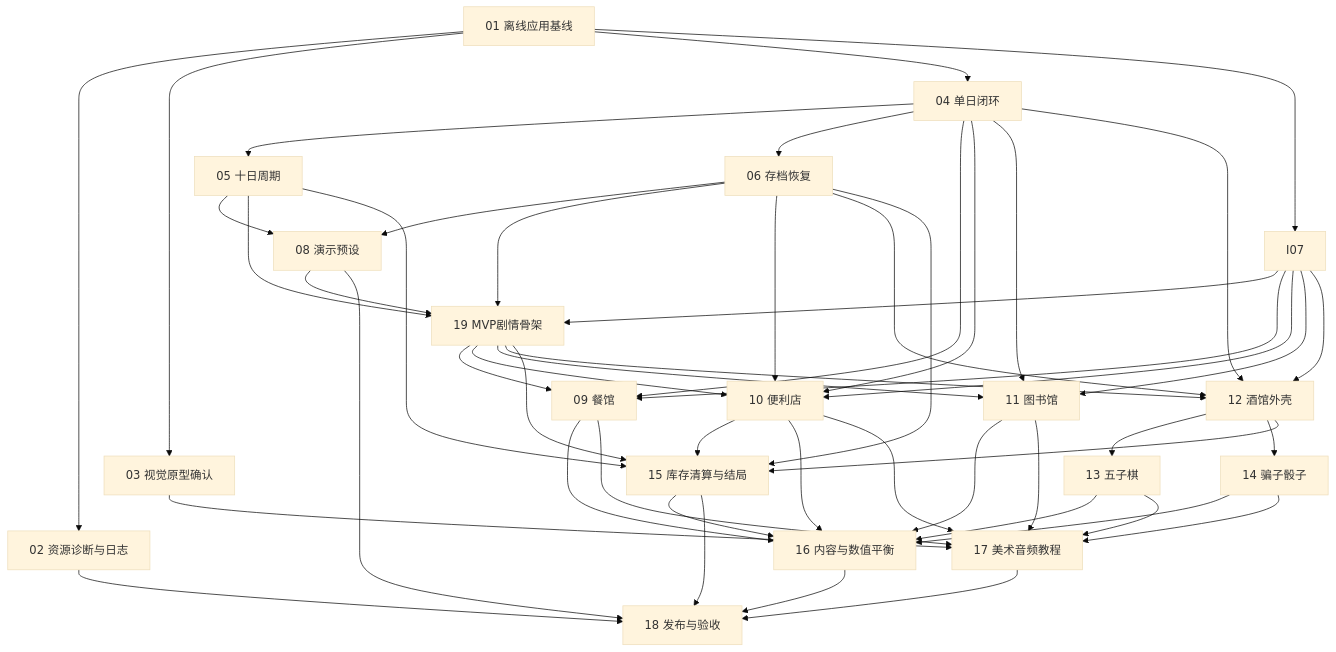
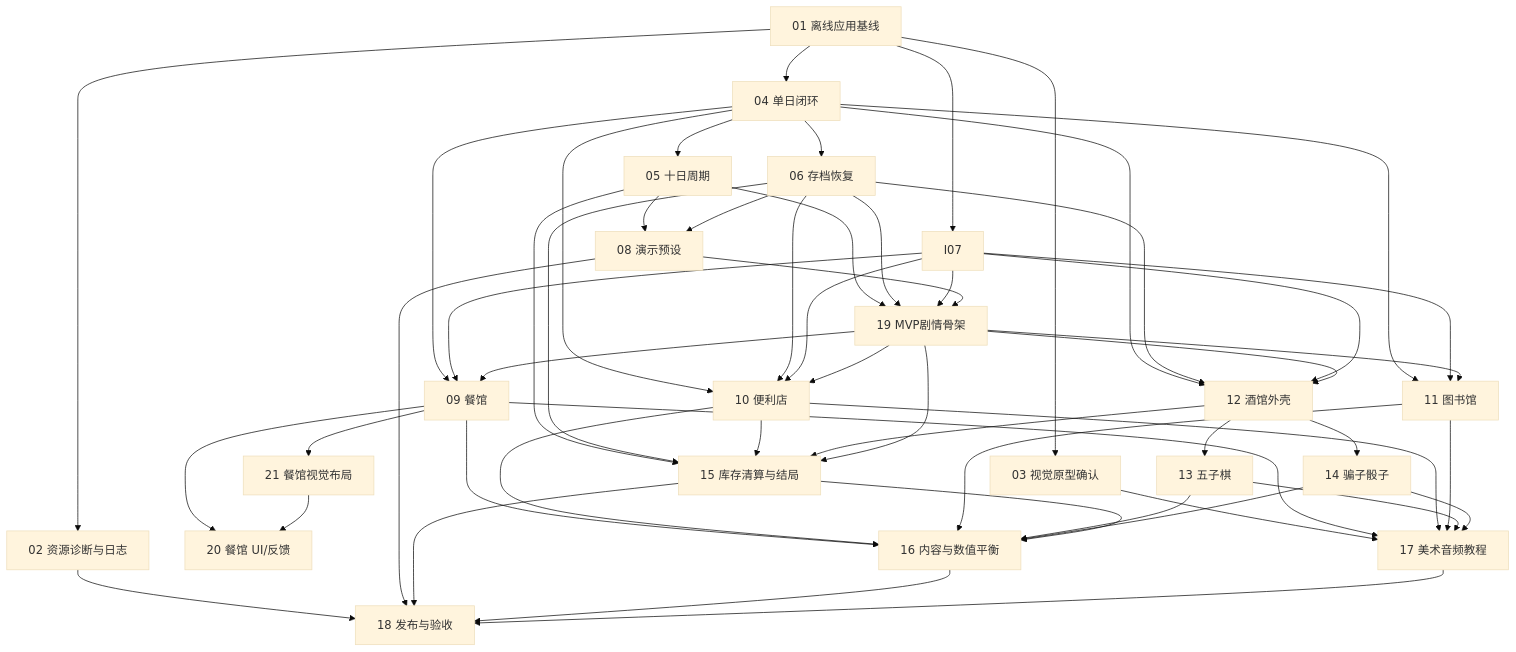
One commit to ljm-hsw/-666 changed the diagram in docs/PROJECT_PLAN.md. Above: the diagram before and after it, drawn with Mermaid (base theme). The commit also changed other lines of this file and 5 other files, not shown here.

````diff
--- a/docs/PROJECT_PLAN.md
+++ b/docs/PROJECT_PLAN.md
@@ -29,53 +29,56 @@
 ```mermaid
 flowchart TD
     I01["01 离线应用基线"] --> I02["02 资源诊断与日志"]
     I01 --> I03["03 视觉原型确认"]
     I01 --> I04["04 单日闭环"]
     I04 --> I05["05 十日周期"]
     I04 --> I06["06 存档恢复"]
     I01 --> I07
     I05 --> I08["08 演示预设"]
     I06 --> I08
     I05 --> I19["19 MVP剧情骨架"]
     I06 --> I19
     I07 --> I19
     I08 --> I19
     I04 --> I09["09 餐馆"]
     I07 --> I09
     I19 --> I09
+    I09 --> I20["20 餐馆 UI/反馈"]
+    I09 --> I21["21 餐馆视觉布局"]
+    I21 --> I20
     I04 --> I10["10 便利店"]
     I06 --> I10
     I07 --> I10
     I19 --> I10
     I04 --> I11["11 图书馆"]
     I07 --> I11
     I19 --> I11
     I04 --> I12["12 酒馆外壳"]
     I06 --> I12
     I07 --> I12
     I19 --> I12
     I12 --> I13["13 五子棋"]
     I12 --> I14["14 骗子骰子"]
     I05 --> I15["15 库存清算与结局"]
     I06 --> I15
     I10 --> I15
     I12 --> I15
     I19 --> I15
     I09 --> I16["16 内容与数值平衡"]
     I10 --> I16
     I11 --> I16
     I13 --> I16
     I14 --> I16
     I15 --> I16
     I03 --> I17["17 美术音频教程"]
     I09 --> I17
     I10 --> I17
     I11 --> I17
     I13 --> I17
     I14 --> I17
     I02 --> I18["18 发布与验收"]
     I08 --> I18
     I15 --> I18
     I16 --> I18
     I17 --> I18
 ```
````
